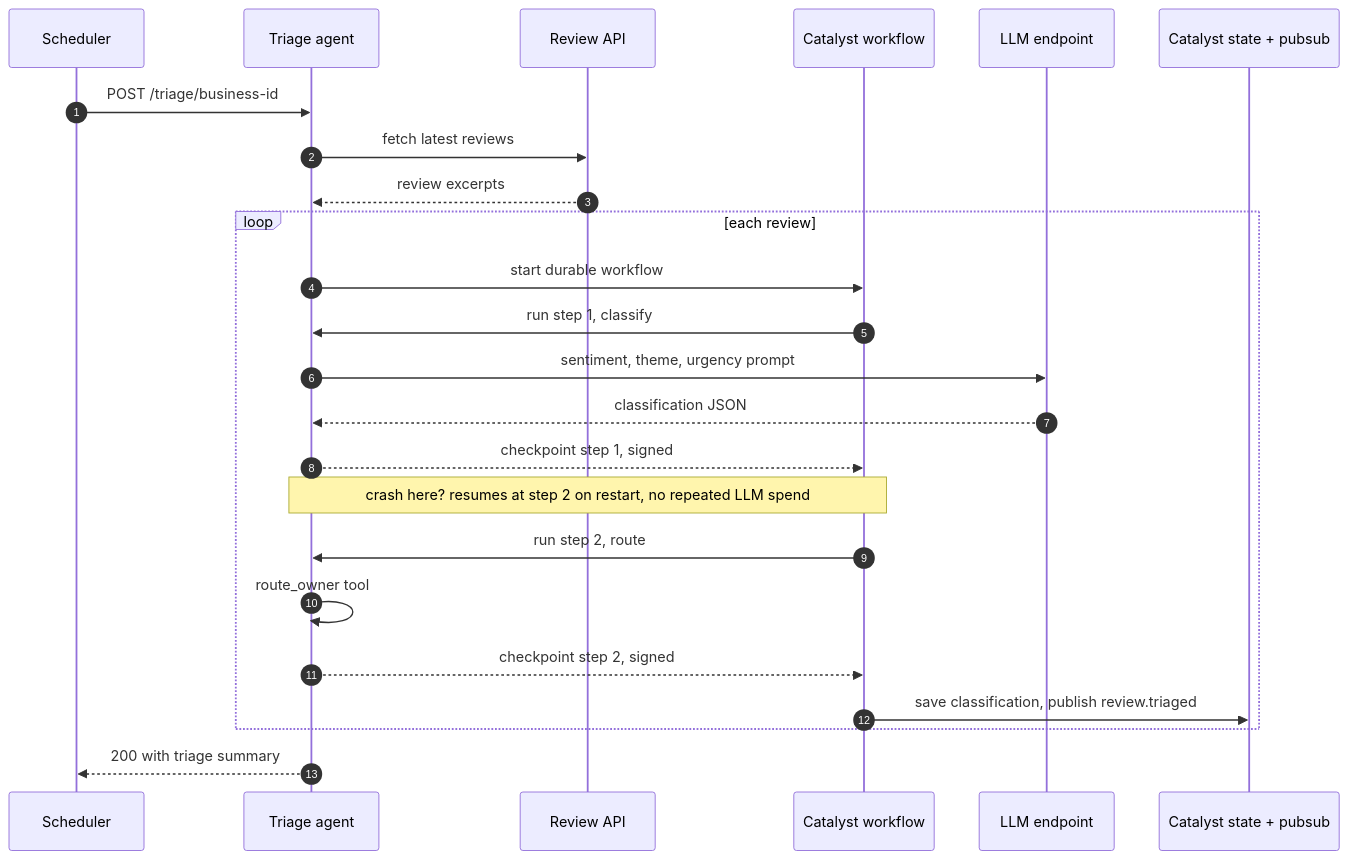
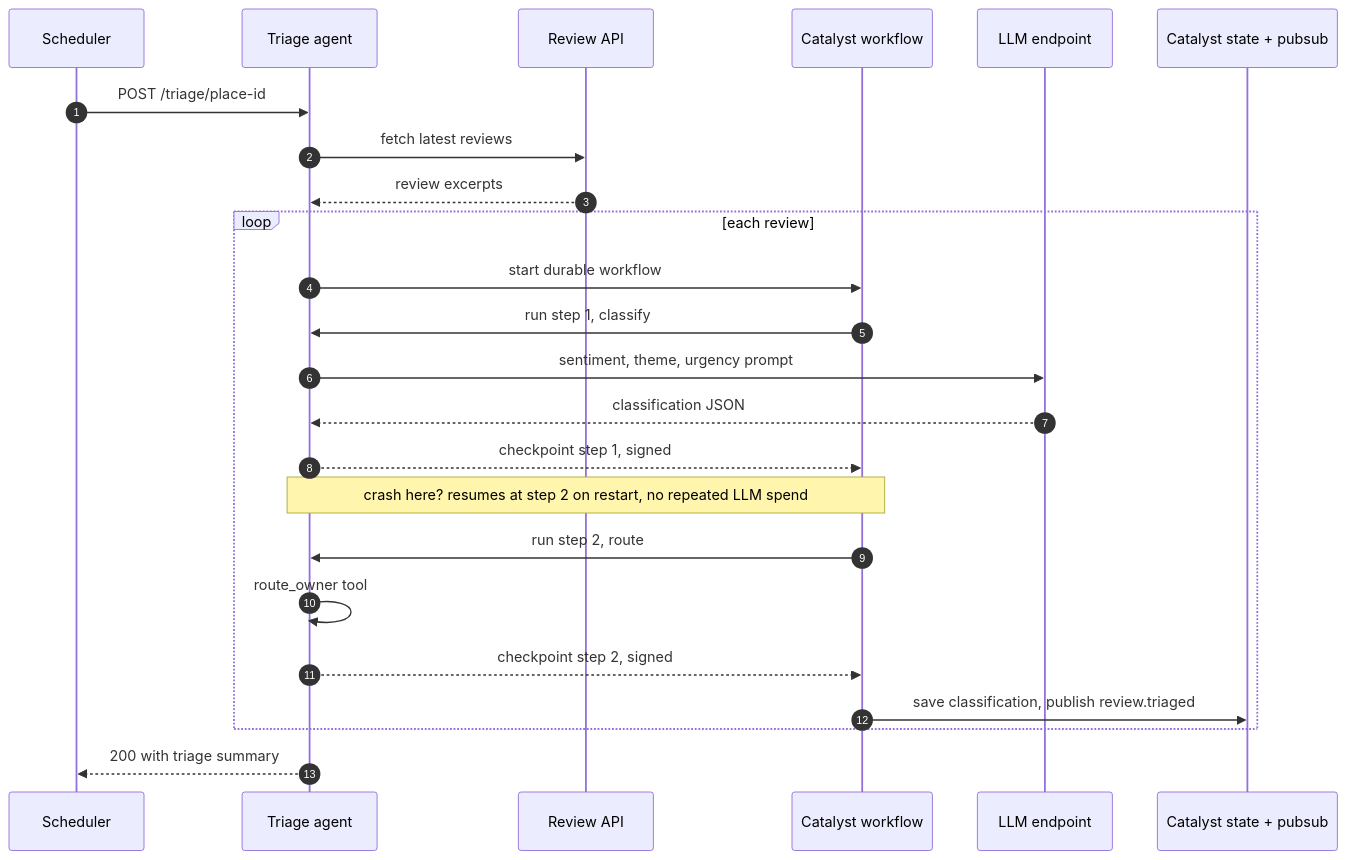
One commit to maheshrajannan/dapr-catalyst-friction-less changed the second of 2 diagrams in dapr-catalyst-8020-agent-blog.md. Above: the diagram before and after it, drawn with Mermaid. The commit also changed other lines of this file and 10 other files, not shown here.

````diff
--- a/dapr-catalyst-8020-agent-blog.md
+++ b/dapr-catalyst-8020-agent-blog.md
@@ -60,26 +60,26 @@
 ```mermaid
 sequenceDiagram
     autonumber
     participant SCHED as Scheduler
     participant APP as Triage agent
     participant REV as Review API
     participant WF as Catalyst workflow
     participant LLM as LLM endpoint
     participant CAT as Catalyst state + pubsub
-    SCHED->>APP: POST /triage/business-id
+    SCHED->>APP: POST /triage/place-id
     APP->>REV: fetch latest reviews
     REV-->>APP: review excerpts
     loop each review
         APP->>WF: start durable workflow
         WF->>APP: run step 1, classify
         APP->>LLM: sentiment, theme, urgency prompt
         LLM-->>APP: classification JSON
         APP-->>WF: checkpoint step 1, signed
         Note over APP,WF: crash here? resumes at step 2 on restart, no repeated LLM spend
         WF->>APP: run step 2, route
         APP->>APP: route_owner tool
         APP-->>WF: checkpoint step 2, signed
         WF->>CAT: save classification, publish review.triaged
     end
     APP-->>SCHED: 200 with triage summary
 ```
````
